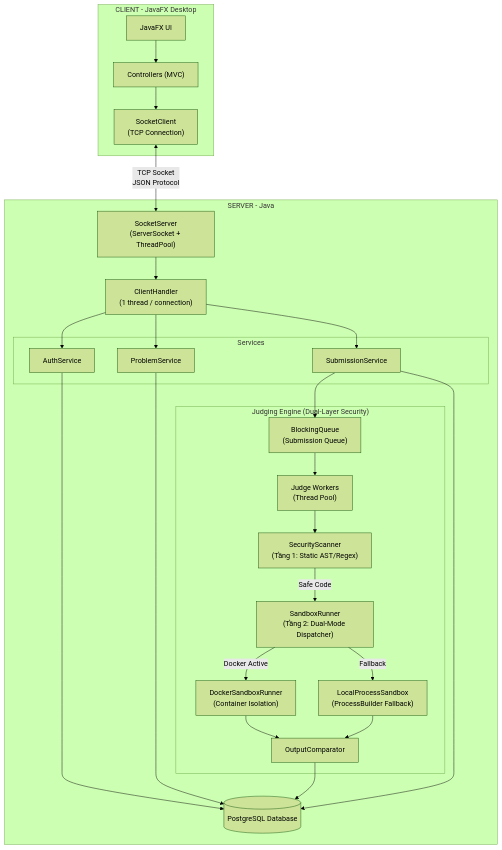
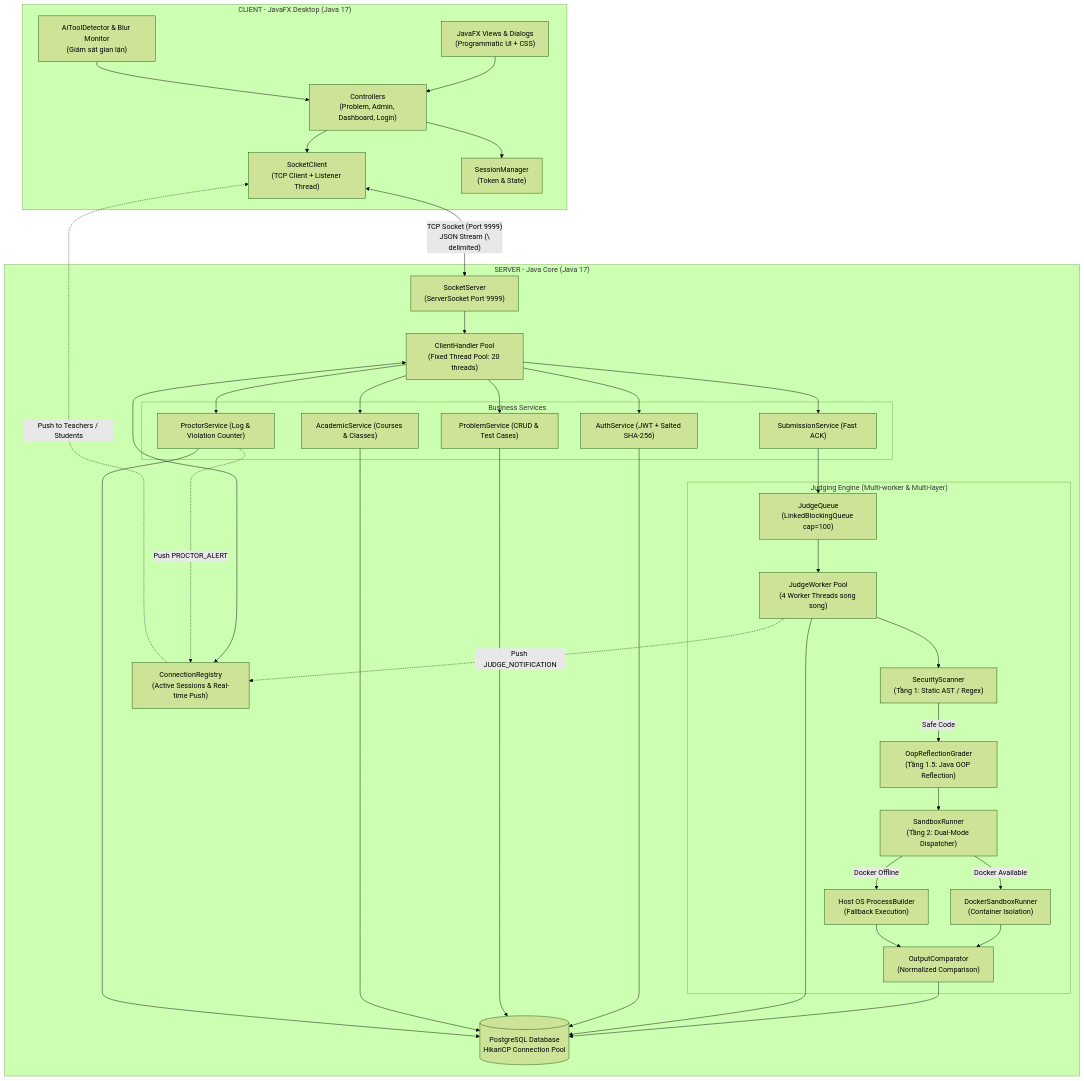
Before and after one commit to sphieu01/ltm_code_judge: the first of 2 diagrams in architecture.md, drawn with Mermaid (forest theme). The commit also changed other lines of this file and 6 other files, not shown here.

````diff
--- a/architecture.md
+++ b/architecture.md
@@ -29,51 +27,68 @@
 ```mermaid
 graph TB
-    subgraph "CLIENT - JavaFX Desktop"
-        UI["JavaFX UI"]
-        Controller["Controllers (MVC)"]
-        NetClient["SocketClient<br/>(TCP Connection)"]
+    subgraph "CLIENT - JavaFX Desktop (Java 17)"
+        UI["JavaFX Views & Dialogs<br/>(Programmatic UI + CSS)"]
+        Controllers["Controllers<br/>(Problem, Admin, Dashboard, Login)"]
+        Detector["AiToolDetector & Blur Monitor<br/>(Giám sát gian lận)"]
+        NetClient["SocketClient<br/>(TCP Client + Listener Thread)"]
+        Session["SessionManager<br/>(Token & State)"]
     end
 
-    subgraph "SERVER - Java"
-        NetServer["SocketServer<br/>(ServerSocket + ThreadPool)"]
-        ClientHandler["ClientHandler<br/>(1 thread / connection)"]
+    subgraph "SERVER - Java Core (Java 17)"
+        NetServer["SocketServer<br/>(ServerSocket Port 9999)"]
+        Registry["ConnectionRegistry<br/>(Active Sessions & Real-time Push)"]
+        Handlers["ClientHandler Pool<br/>(Fixed Thread Pool: 20 threads)"]
         
-        subgraph "Services"
-            Auth["AuthService"]
-            Problem["ProblemService"]
-            Submit["SubmissionService"]
+        subgraph "Business Services"
+            Auth["AuthService (JWT + Salted SHA-256)"]
+            Problem["ProblemService (CRUD & Test Cases)"]
+            Submit["SubmissionService (Fast ACK)"]
+            Academic["AcademicService (Courses & Classes)"]
+            Proctor["ProctorService (Log & Violation Counter)"]
         end
         
-        subgraph "Judging Engine (Dual-Layer Security)"
-            Queue["BlockingQueue<br/>(Submission Queue)"]
-            Workers["Judge Workers<br/>(Thread Pool)"]
-            Scanner["SecurityScanner<br/>(Tầng 1: Static AST/Regex)"]
+        subgraph "Judging Engine (Multi-worker & Multi-layer)"
+            Queue["JudgeQueue<br/>(LinkedBlockingQueue cap=100)"]
+            Workers["JudgeWorker Pool<br/>(4 Worker Threads song song)"]
+            Scanner["SecurityScanner<br/>(Tầng 1: Static AST / Regex)"]
+            OopGrader["OopReflectionGrader<br/>(Tầng 1.5: Java OOP Reflection)"]
             Sandbox["SandboxRunner<br/>(Tầng 2: Dual-Mode Dispatcher)"]
             DockerBox["DockerSandboxRunner<br/>(Container Isolation)"]
-            LocalBox["LocalProcessSandbox<br/>(ProcessBuilder Fallback)"]
-            Comparator["OutputComparator"]
+            HostProcess["Host OS ProcessBuilder<br/>(Fallback Execution)"]
+            Comparator["OutputComparator<br/>(Normalized Comparison)"]
         end
         
-        DB[(PostgreSQL Database)]
+        DB[(PostgreSQL Database<br/>HikariCP Connection Pool)]
     end
 
-    UI --> Controller
-    Controller --> NetClient
-    NetClient <-->|"TCP Socket<br/>JSON Protocol"| NetServer
-    NetServer --> ClientHandler
-    ClientHandler --> Auth
-    ClientHandler --> Problem
-    ClientHandler --> Submit
+    UI --> Controllers
+    Detector --> Controllers
+    Controllers --> Session
+    Controllers --> NetClient
+    NetClient <-->|"TCP Socket (Port 9999)<br/>JSON Stream (\\n delimited)"| NetServer
+    NetServer --> Handlers
+    Handlers <--> Registry
+    Handlers --> Auth
+    Handlers --> Problem
+    Handlers --> Submit
+    Handlers --> Academic
+    Handlers --> Proctor
     Submit --> Queue
     Queue --> Workers
     Workers --> Scanner
-    Scanner -->|Safe Code| Sandbox
-    Sandbox -->|Docker Active| DockerBox
-    Sandbox -->|Fallback| LocalBox
+    Scanner -->|Safe Code| OopGrader
+    OopGrader --> Sandbox
+    Sandbox -->|Docker Available| DockerBox
+    Sandbox -->|Docker Offline| HostProcess
     DockerBox --> Comparator
-    LocalBox --> Comparator
+    HostProcess --> Comparator
     Comparator --> DB
+    Workers --> DB
+    Workers -.->|"Push JUDGE_NOTIFICATION"| Registry
+    Proctor -.->|"Push PROCTOR_ALERT"| Registry
+    Registry -.->|"Push to Teachers / Students"| NetClient
     Auth --> DB
     Problem --> DB
-    Submit --> DB
+    Academic --> DB
+    Proctor --> DB
 ```
````
